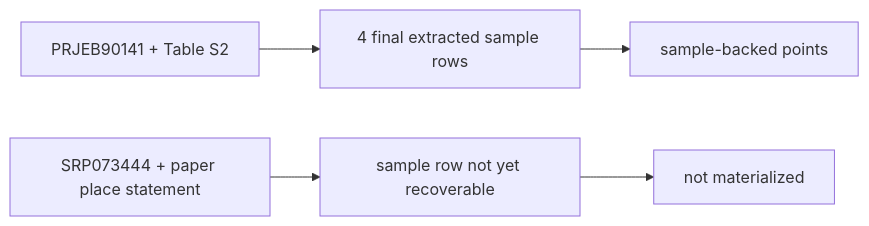
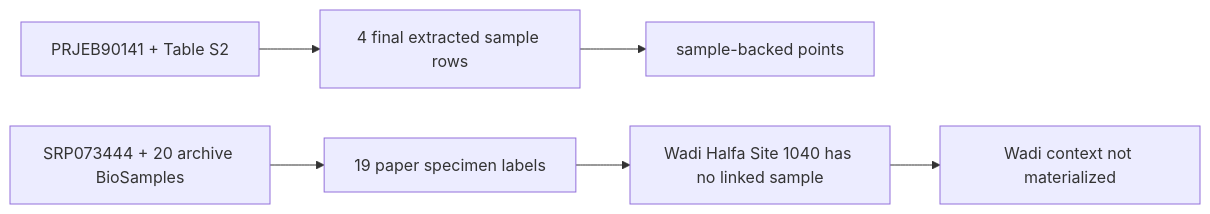
One commit to bijux/bijux-pollenomics changed the fourth of 7 diagrams in docs/public/pollenomics-data/sources/animal-source-intake.md. Above: the diagram before and after it, drawn with Mermaid. The commit also changed other lines of this file and 15 other files, not shown here.

Commit message:
docs(adna): align public animal evidence counts and camel context

````diff
--- a/docs/public/pollenomics-data/sources/animal-source-intake.md
+++ b/docs/public/pollenomics-data/sources/animal-source-intake.md
@@ -152,7 +152,8 @@
 ```mermaid
 flowchart LR
     Goat["PRJEB90141 + Table S2"] --> GoatRows["4 final extracted sample rows"]
     GoatRows --> GoatPoints["sample-backed points"]
-    Camel["SRP073444 + paper place statement"] --> CamelGap["sample row not yet recoverable"]
-    CamelGap --> CamelExcluded["not materialized"]
+    Camel["SRP073444 + 20 archive BioSamples"] --> CamelRows["19 paper specimen labels"]
+    CamelRows --> CamelGap["Wadi Halfa Site 1040 has no linked sample"]
+    CamelGap --> CamelExcluded["Wadi context not materialized"]
 ```
````
